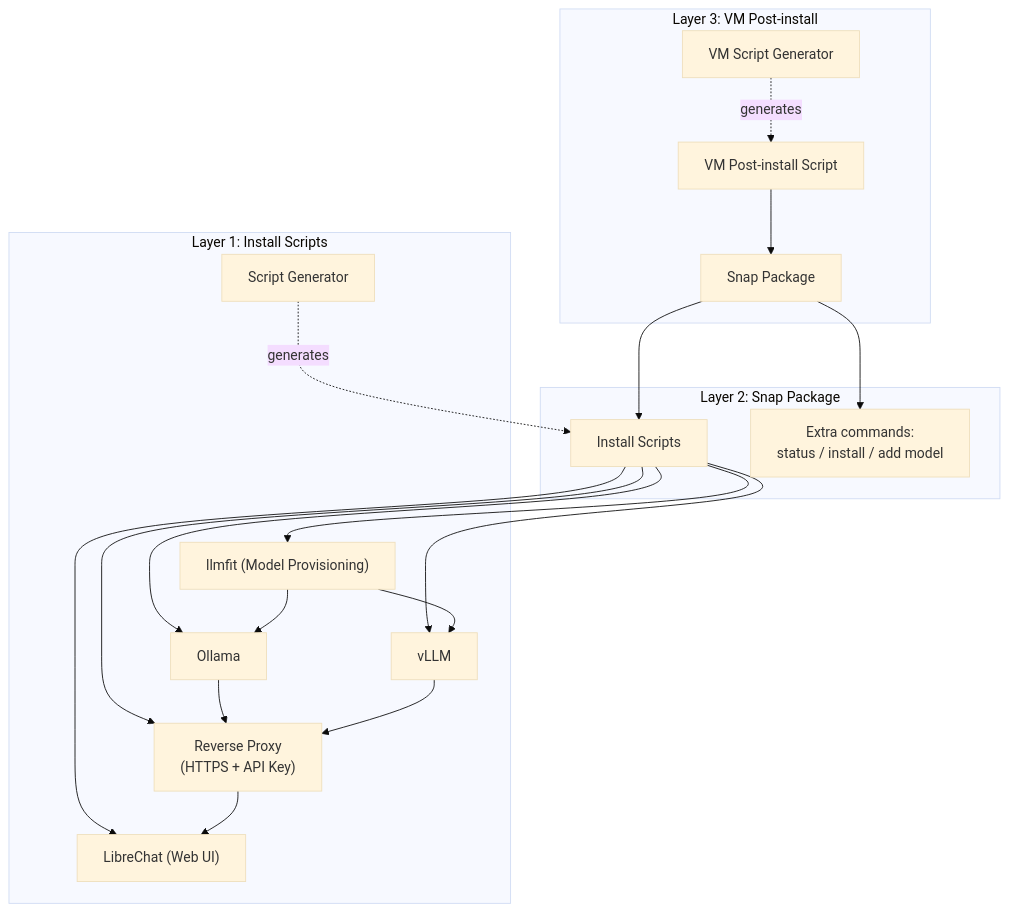
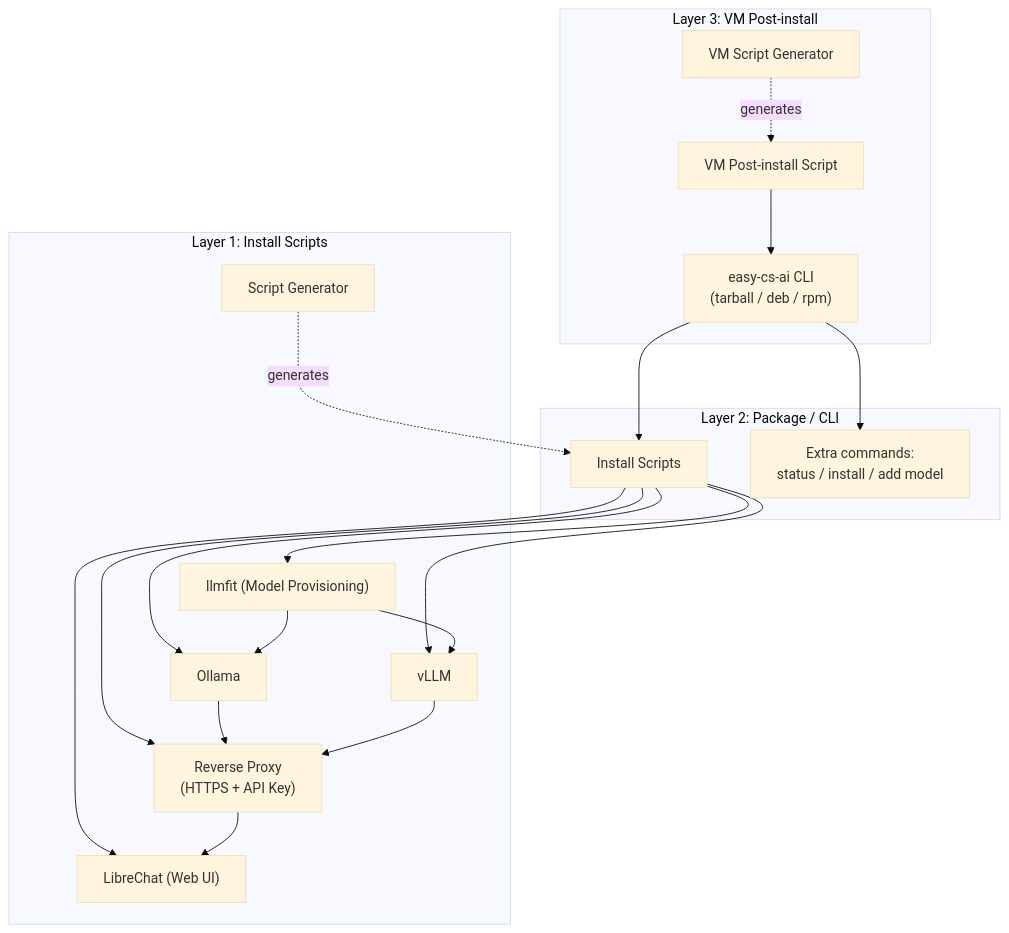
One commit to Dimsi-BS/easy-cs-ai changed the diagram in README.md. Above: the diagram before and after it, drawn with Mermaid (base theme). The commit also changed other lines of this file and 13 other files, not shown here.

````diff
--- a/README.md
+++ b/README.md
@@ -23,24 +23,24 @@
 ```mermaid
 graph TD
     subgraph L3["Layer 3: VM Post-install"]
         VMGen["VM Script Generator"] -.generates.-> VM["VM Post-install Script"]
-        VM --> SNAP
+        VM --> PKG
     end
-    subgraph L2["Layer 2: Snap Package"]
-        SNAP["Snap Package"] --> IS
-        SNAP --> Extra["Extra commands:\nstatus / install / add model"]
+    subgraph L2["Layer 2: Package / CLI"]
+        PKG["easy-cs-ai CLI\n(tarball / deb / rpm)"] --> IS
+        PKG --> Extra["Extra commands:\nstatus / install / add model"]
     end
     subgraph L1["Layer 1: Install Scripts"]
         ISGen["Script Generator"] -.generates.-> IS["Install Scripts"]
         IS --> Ollama
         IS --> vLLM
         IS --> llmfit
         IS --> Proxy["Reverse Proxy\n(HTTPS + API Key)"]
         IS --> LibreChat
     end
     Ollama["Ollama"] --> Proxy
     vLLM["vLLM"] --> Proxy
     Proxy --> LibreChat["LibreChat (Web UI)"]
     llmfit["llmfit (Model Provisioning)"] --> Ollama
     llmfit --> vLLM
 ```
````
